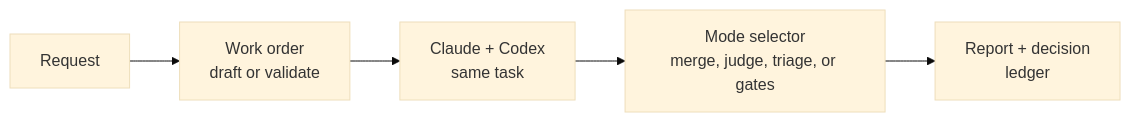
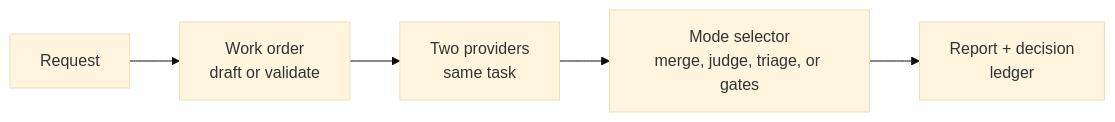
The second of 2 diagrams in bakeoff/README.md (mstefanko/claude-plugins), drawn with Mermaid (base theme) before and after one commit. The commit also changed other lines of this file and 43 other files, not shown here.

````diff
--- a/bakeoff/README.md
+++ b/bakeoff/README.md
@@ -32,7 +36,7 @@
 ```mermaid
 flowchart LR
     REQ[Request] --> WO[Work order<br/>draft or validate]
-    WO --> RUN[Claude + Codex<br/>same task]
+    WO --> RUN[Two providers<br/>same task]
     RUN --> SELECT[Mode selector<br/>merge, judge, triage, or gates]
     SELECT --> OUT[Report + decision<br/>ledger]
 ```
````
